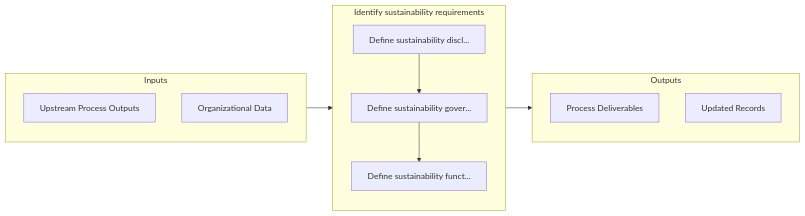
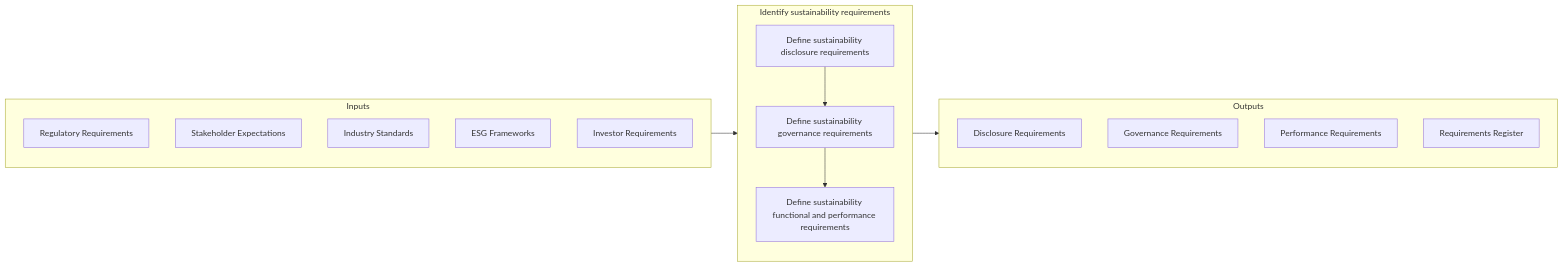
Before and after one commit to kziemski/business.org.ai: the second of 2 diagrams in processes/13-Capabilities/13.9-ManageSustainability/13.9.1-DevelopSustainabilityCapability/13.9.1.1-IdentifySustainabilityRequirements/index.mdx, drawn with Mermaid. The commit also changed other lines of this file and 885 other files, not shown here.

````diff
--- a/processes/13-Capabilities/13.9-ManageSustainability/13.9.1-DevelopSustainabilityCapability/13.9.1.1-IdentifySustainabilityRequirements/index.mdx
+++ b/processes/13-Capabilities/13.9-ManageSustainability/13.9.1-DevelopSustainabilityCapability/13.9.1.1-IdentifySustainabilityRequirements/index.mdx
@@ -62,22 +64,27 @@
 ```mermaid
 flowchart LR
     subgraph Inputs["Inputs"]
-        I1["Upstream Process Outputs"]
-        I2["Organizational Data"]
+        I1["Regulatory Requirements"]
+        I2["Stakeholder Expectations"]
+        I3["Industry Standards"]
+        I4["ESG Frameworks"]
+        I5["Investor Requirements"]
     end
 
     subgraph Process["Identify sustainability requirements"]
-        S1["Define sustainability discl..."]
-        S2["Define sustainability gover..."]
-        S3["Define sustainability funct..."]
+        S1["Define sustainability disclosure requirements"]
+        S2["Define sustainability governance requirements"]
+        S3["Define sustainability functional and performance requirements"]
     end
 
     subgraph Outputs["Outputs"]
-        O1["Process Deliverables"]
-        O2["Updated Records"]
+        O1["Disclosure Requirements"]
+        O2["Governance Requirements"]
+        O3["Performance Requirements"]
+        O4["Requirements Register"]
     end
 
     Inputs --> Process --> Outputs
     S1 --> S2
     S2 --> S3
 ```
````
